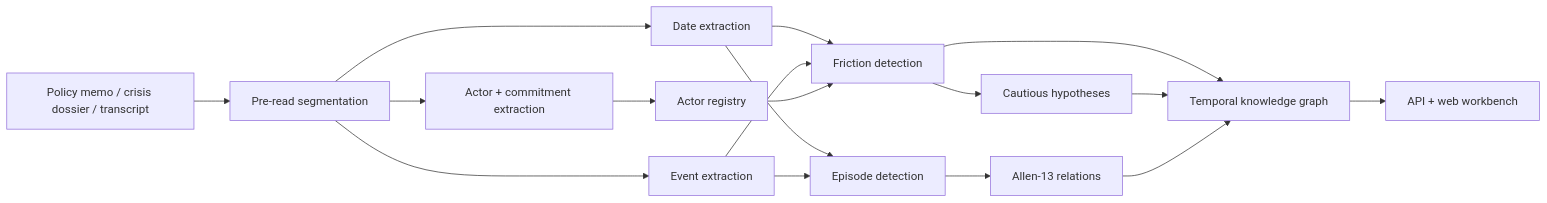
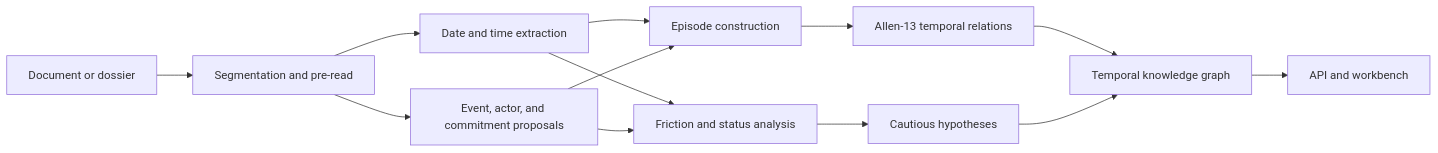
The diagram in README.md (sargonxg/KAIROS-temporal-vision-TACITUS), drawn with Mermaid before and after one commit. The commit also changed other lines of this file, not shown here.

````diff
--- a/README.md
+++ b/README.md
@@ -116,19 +45,15 @@
 ```mermaid
 flowchart LR
-  A[Policy memo / crisis dossier / transcript] --> P[Pre-read segmentation]
-  P --> D[Date extraction]
-  P --> E[Event extraction]
-  P --> C[Actor + commitment extraction]
-  C --> R[Actor registry]
-  D --> F[Friction detection]
+  A[Document or dossier] --> P[Segmentation and pre-read]
+  P --> D[Date and time extraction]
+  P --> E[Event, actor, and commitment proposals]
+  D --> EP[Episode construction]
+  E --> EP
+  EP --> R[Allen-13 temporal relations]
+  D --> F[Friction and status analysis]
   E --> F
-  R --> F
   F --> H[Cautious hypotheses]
-  D --> EP[Episode detection]
-  E --> EP
-  EP --> AL[Allen-13 relations]
-  F --> G[Temporal knowledge graph]
+  R --> G[Temporal knowledge graph]
   H --> G
-  AL --> G
-  G --> API[API + web workbench]
+  G --> API[API and workbench]
 ```
````
